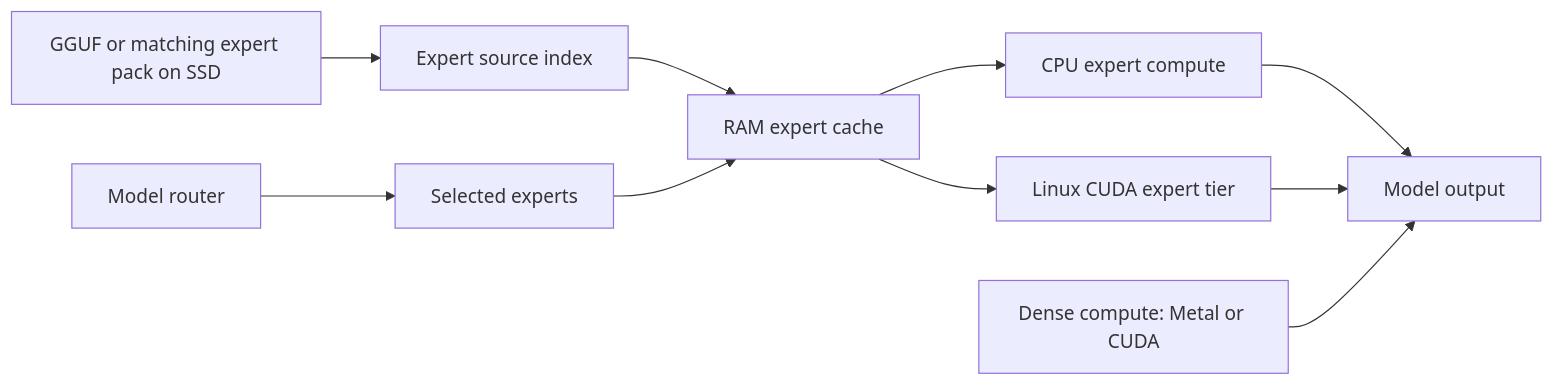
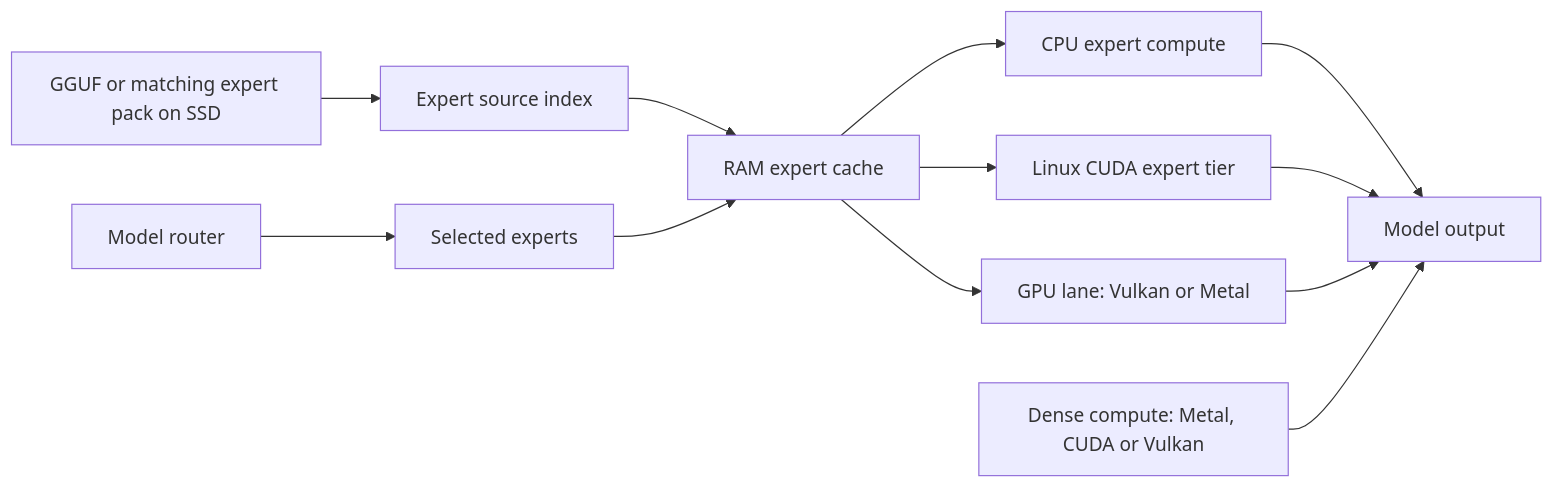
One commit to wici-ai/inferssd changed the diagram in docs/architecture.md. Above: the diagram before and after it, drawn with Mermaid. The commit also changed other lines of this file and 24 other files, not shown here.

````diff
--- a/docs/architecture.md
+++ b/docs/architecture.md
@@ -8,12 +8,14 @@
 ```mermaid
 flowchart LR
     S[GGUF or matching expert pack on SSD] --> I[Expert source index]
     M[Model router] --> E[Selected experts]
     I --> R[RAM expert cache]
     E --> R
     R --> C[CPU expert compute]
     R --> G[Linux CUDA expert tier]
+    R --> L[GPU lane: Vulkan or Metal]
     C --> O[Model output]
     G --> O
-    D[Dense compute: Metal or CUDA] --> O
+    L --> O
+    D[Dense compute: Metal, CUDA or Vulkan] --> O
 ```
````
